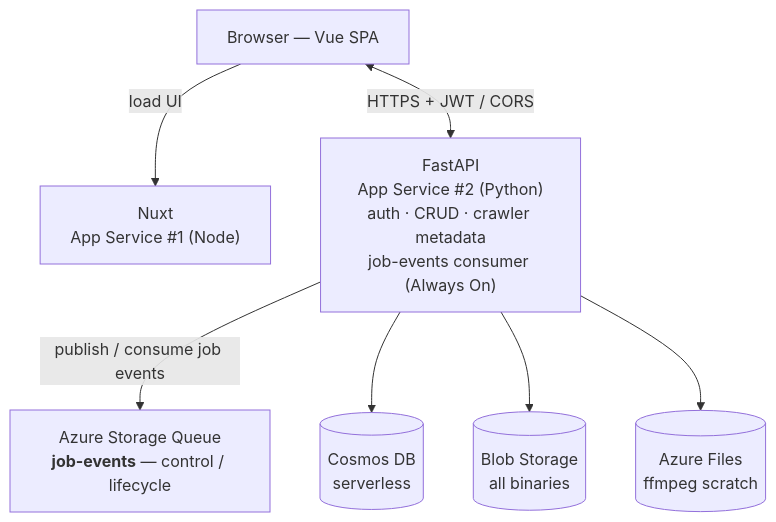
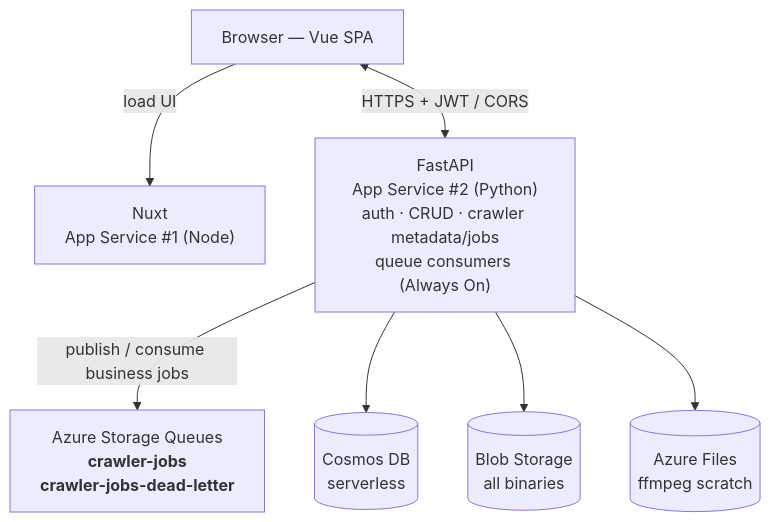
The first of 3 diagrams in docs/architecture.md (datntdev0/toolbox-media-studio), drawn with Mermaid before and after one commit. The commit also changed other lines of this file and 25 other files, not shown here.

Commit message:
build(api): adding scheduler for queue processing

````diff
--- a/docs/architecture.md
+++ b/docs/architecture.md
@@ -22,19 +23,19 @@
 ```mermaid
 flowchart TB
     Browser["Browser — Vue SPA"]
     Nuxt["Nuxt<br/>App Service #1 (Node)"]
-    API["FastAPI<br/>App Service #2 (Python)<br/>auth · CRUD · crawler metadata<br/>job-events consumer (Always On)"]
-    Queue["Azure Storage Queue<br/><b>job-events</b> — control / lifecycle"]
+    API["FastAPI<br/>App Service #2 (Python)<br/>auth · CRUD · crawler metadata/jobs<br/>queue consumers (Always On)"]
+    Queue["Azure Storage Queues<br/><b>crawler-jobs</b><br/><b>crawler-jobs-dead-letter</b>"]
     Cosmos[("Cosmos DB<br/>serverless")]
     Blob[("Blob Storage<br/>all binaries")]
     Files[("Azure Files<br/>ffmpeg scratch")]
 
     Browser -->|load UI| Nuxt
     Browser <-->|HTTPS + JWT / CORS| API
 
-    API -->|publish / consume job events| Queue
+    API -->|publish / consume business jobs| Queue
 
     API --> Cosmos
     API --> Blob
     API --> Files
 ```
````
